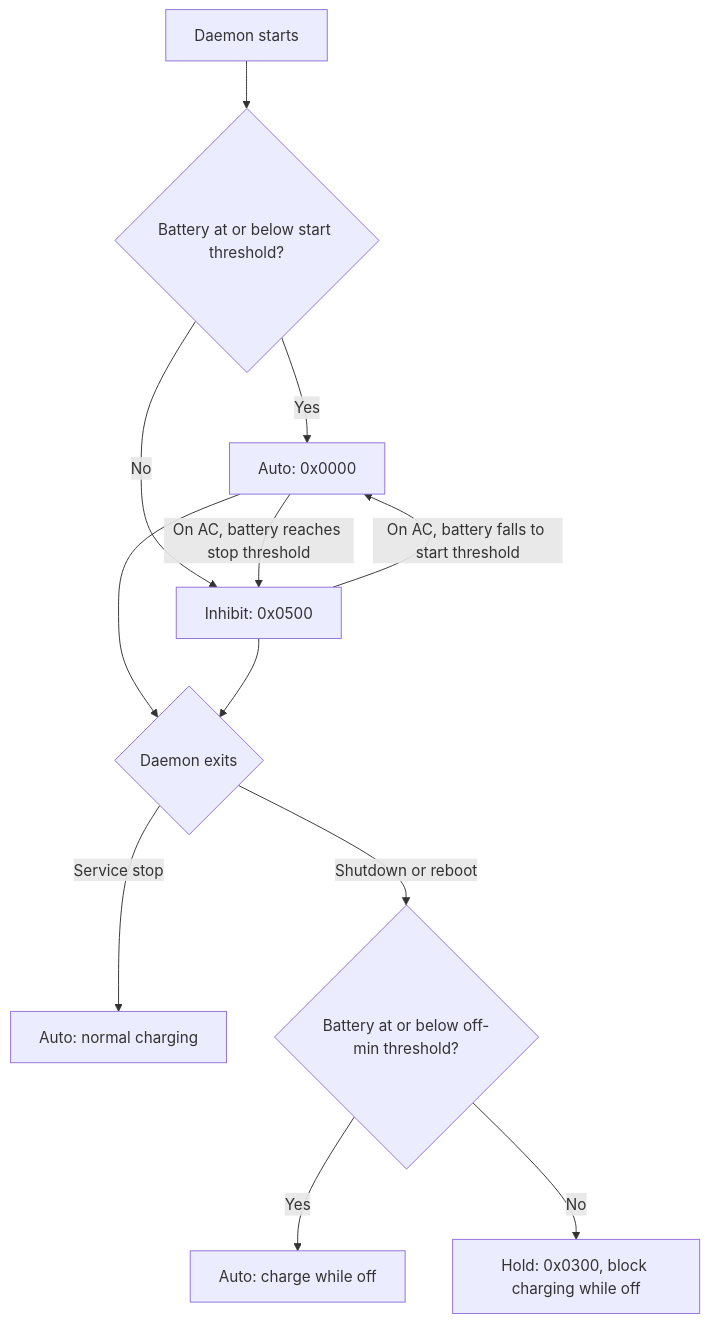
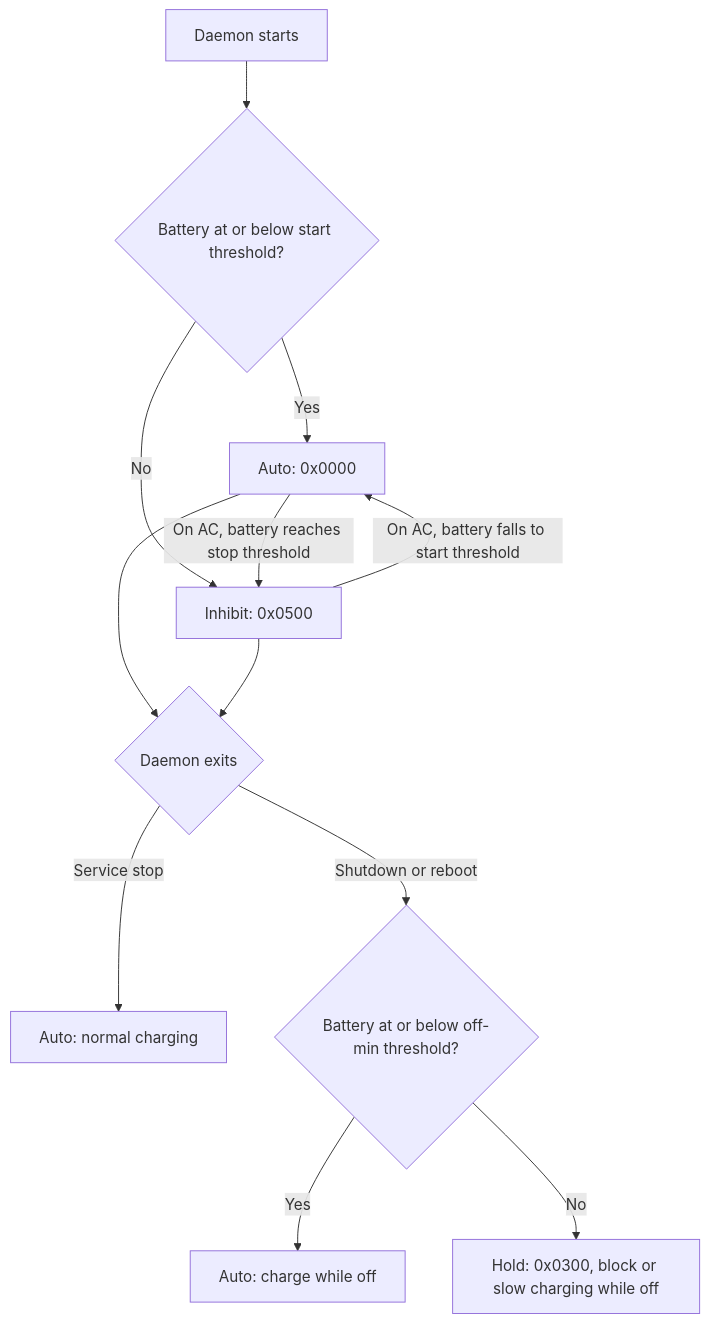
The diagram in README.md (Ziggs25/hp-charge-limit-rs), drawn with Mermaid before and after one commit. The commit also changed other lines of this file and 3 other files, not shown here.

````diff
--- a/README.md
+++ b/README.md
@@ -94,14 +118,14 @@
 ```mermaid
 flowchart TD
     Start[Daemon starts] --> Capacity{Battery at or below start threshold?}
     Capacity -->|Yes| Auto[Auto: 0x0000]
     Capacity -->|No| Inhibit[Inhibit: 0x0500]
     Auto -->|On AC, battery reaches stop threshold| Inhibit
     Inhibit -->|On AC, battery falls to start threshold| Auto
     Auto --> Exit{Daemon exits}
     Inhibit --> Exit
     Exit -->|Service stop| Stock[Auto: normal charging]
     Exit -->|Shutdown or reboot| Low{Battery at or below off-min threshold?}
     Low -->|Yes| ChargeOff[Auto: charge while off]
-    Low -->|No| Hold[Hold: 0x0300, block charging while off]
+    Low -->|No| Hold[Hold: 0x0300, block or slow charging while off]
 ```
````
